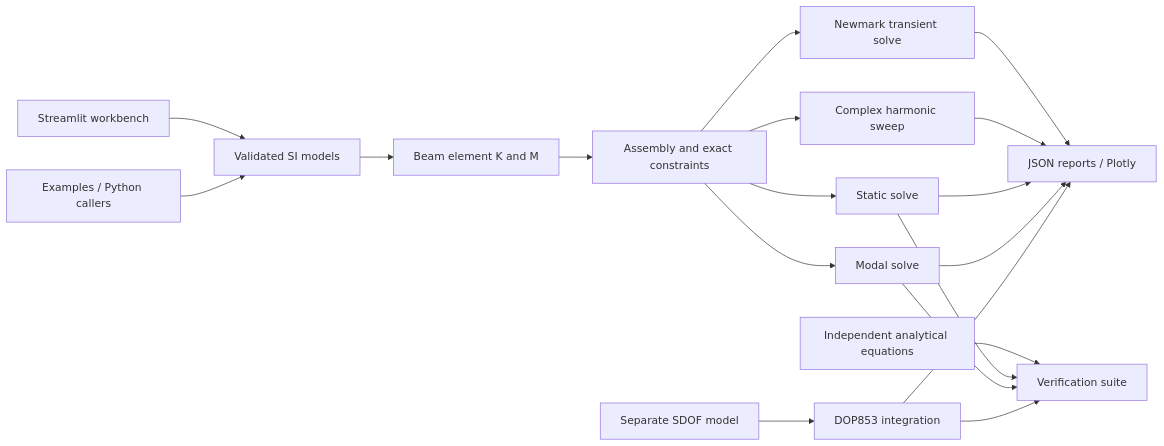
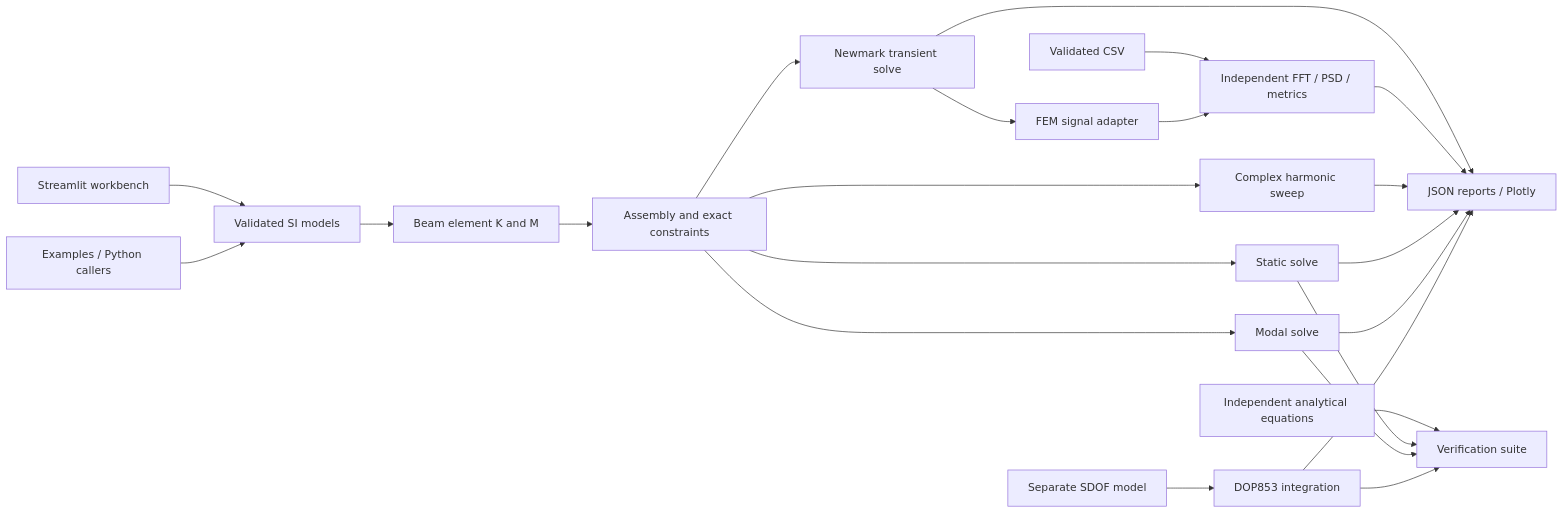
Before and after one commit to AsherFerdinand/VIBRA: the diagram in docs/architecture.md, drawn with Mermaid. The commit also changed other lines of this file and 30 other files, not shown here.

Commit message:
Add verified FFT PSD and FEM vibration signal diagnostics

````diff
--- a/docs/architecture.md
+++ b/docs/architecture.md
@@ -9,21 +9,25 @@
 ```mermaid
 flowchart LR
     UI[Streamlit workbench] --> Models[Validated SI models]
     Examples[Examples / Python callers] --> Models
     Models --> Element[Beam element K and M]
     Element --> Assembly[Assembly and exact constraints]
     Assembly --> Static[Static solve]
     Assembly --> Modal[Modal solve]
     Assembly --> Harmonic[Complex harmonic sweep]
     Assembly --> Transient[Newmark transient solve]
     Transient --> Output
+    Transient --> Adapter[FEM signal adapter]
+    CSV[Validated CSV] --> Signals[Independent FFT / PSD / metrics]
+    Adapter --> Signals
+    Signals --> Output
     Harmonic --> Output
     SDOF[Separate SDOF model] --> Integrator[DOP853 integration]
     Static --> Output[JSON reports / Plotly]
     Modal --> Output
     Integrator --> Output
     Benchmarks[Independent analytical equations] --> Tests[Verification suite]
     Static --> Tests
     Modal --> Tests
     Integrator --> Tests
 ```
````
